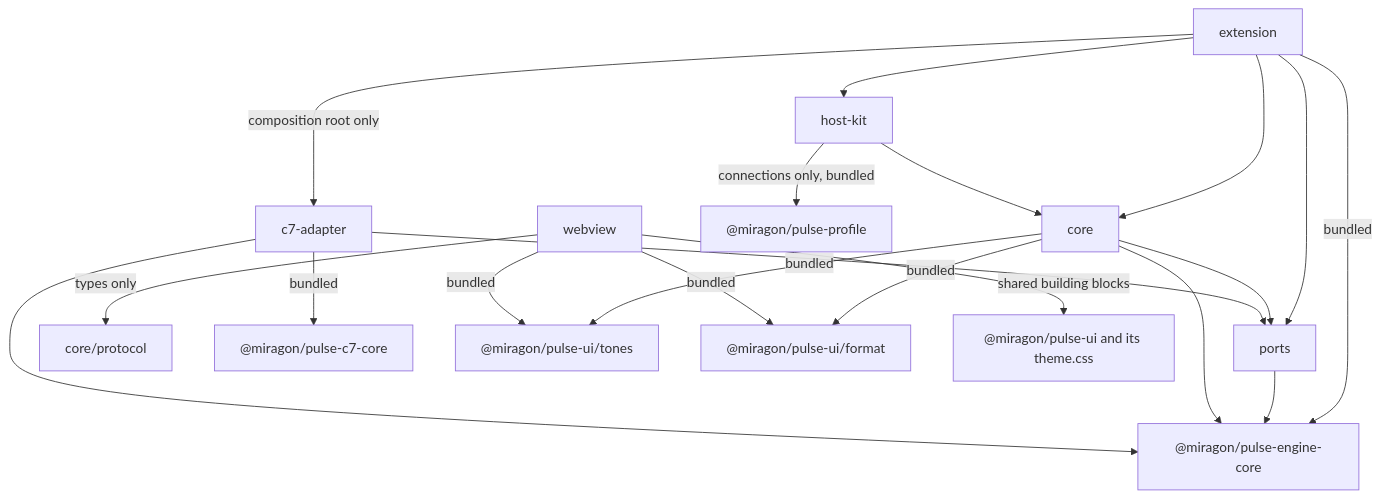
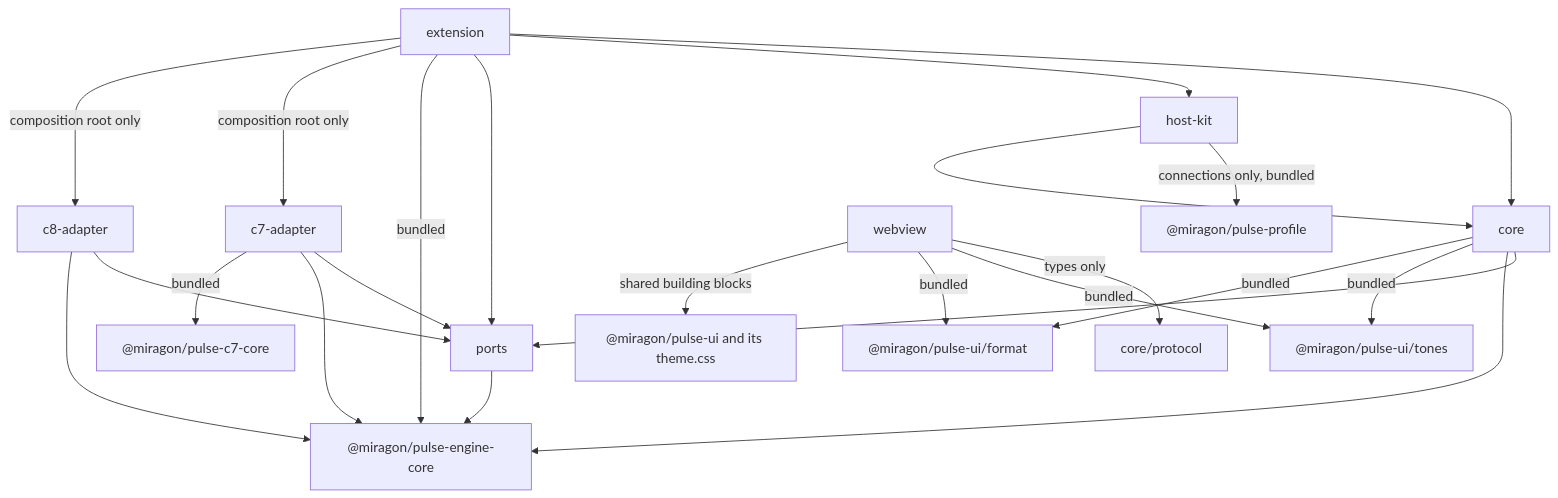
The third of 7 diagrams in apps/vscode/docs/architecture-overview.md (Miragon/pulse), drawn with Mermaid before and after one commit. The commit also changed other lines of this file and 96 other files, not shown here.

````diff
--- a/apps/vscode/docs/architecture-overview.md
+++ b/apps/vscode/docs/architecture-overview.md
@@ -130,22 +131,25 @@
 ```mermaid
 flowchart TB
   extension --> core
   extension --> hostKit[host-kit]
   extension --> ports[ports]
   extension -- bundled --> engineCore["@miragon/pulse-engine-core"]
   extension -- composition root only --> adapterC7[c7-adapter]
+  extension -- composition root only --> adapterC8[c8-adapter]
   hostKit -- connections only, bundled --> profile["@miragon/pulse-profile"]
   hostKit --> core
   ports --> engineCore
   core --> ports
   core --> engineCore
   webview -- types only --> protocol[core/protocol]
   adapterC7 --> ports
   adapterC7 --> engineCore
   adapterC7 -- bundled --> c7Core["@miragon/pulse-c7-core"]
+  adapterC8 --> ports
+  adapterC8 --> engineCore
   core -- bundled --> tones["@miragon/pulse-ui/tones"]
   webview -- bundled --> tones
   core -- bundled --> format["@miragon/pulse-ui/format"]
   webview -- bundled --> format
   webview -- shared building blocks --> kit["@miragon/pulse-ui and its theme.css"]
 ```
````
